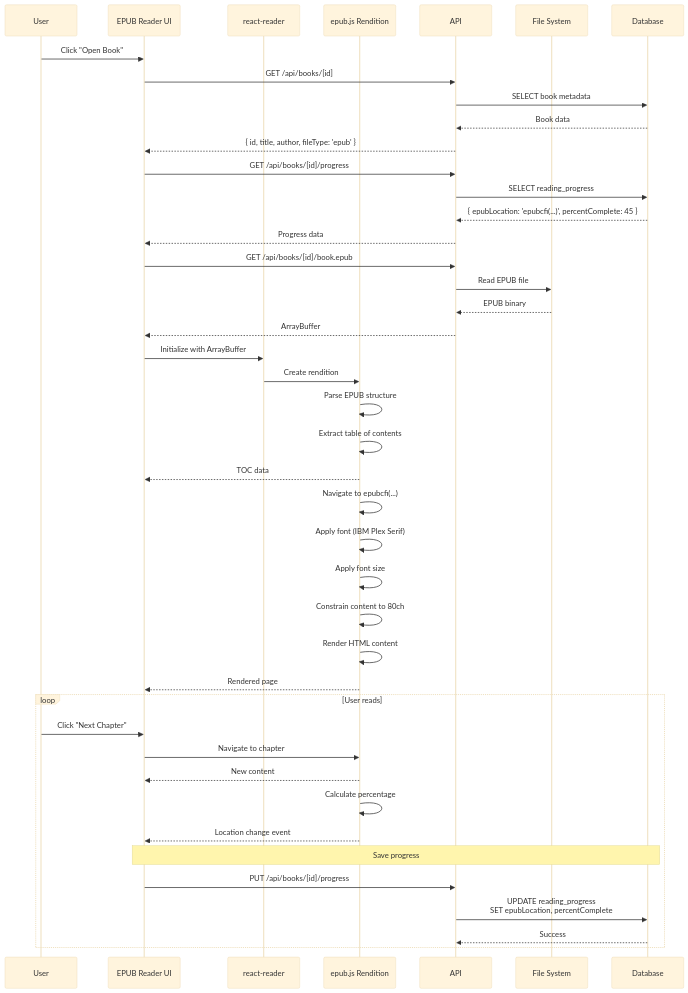
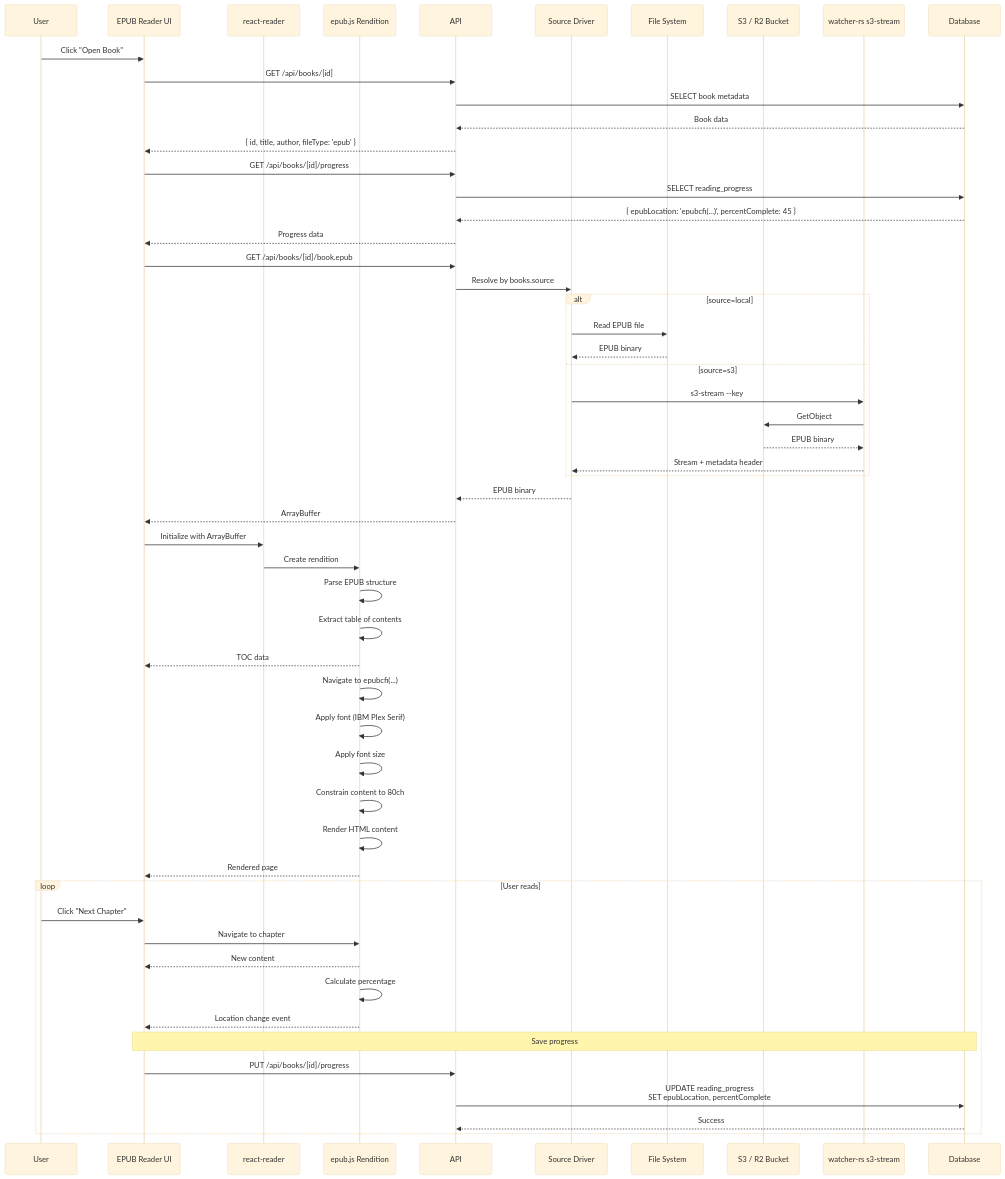
Before and after one commit to jamesacklin/alex: the fifth of 10 diagrams in docs/design/sequence-diagrams.md, drawn with Mermaid (base theme). The commit also changed other lines of this file and 5 other files, not shown here.

Commit message:
add google drive integration; refactor s3 bucket integration; unify file serving; adjust db schema for source metadata; implement sync logic for drive and s3; maintain reader contract; add admin ui for s3 settings

````diff
--- a/docs/design/sequence-diagrams.md
+++ b/docs/design/sequence-diagrams.md
@@ -262,53 +306,65 @@
 ```mermaid
 sequenceDiagram
     participant User
     participant UI as EPUB Reader UI
     participant ReactReader as react-reader
     participant Rendition as epub.js Rendition
     participant API
+    participant SourceDriver as Source Driver
     participant FS as File System
+    participant S3 as S3 / R2 Bucket
+    participant Streamer as watcher-rs s3-stream
     participant DB as Database
 
     User->>UI: Click "Open Book"
     UI->>API: GET /api/books/[id]
     API->>DB: SELECT book metadata
     DB-->>API: Book data
     API-->>UI: { id, title, author, fileType: 'epub' }
 
     UI->>API: GET /api/books/[id]/progress
     API->>DB: SELECT reading_progress
     DB-->>API: { epubLocation: 'epubcfi(...)', percentComplete: 45 }
     API-->>UI: Progress data
 
     UI->>API: GET /api/books/[id]/book.epub
-    API->>FS: Read EPUB file
-    FS-->>API: EPUB binary
+    API->>SourceDriver: Resolve by books.source
+    alt source=local
+        SourceDriver->>FS: Read EPUB file
+        FS-->>SourceDriver: EPUB binary
+    else source=s3
+        SourceDriver->>Streamer: s3-stream --key
+        Streamer->>S3: GetObject
+        S3-->>Streamer: EPUB binary
+        Streamer-->>SourceDriver: Stream + metadata header
+    end
+    SourceDriver-->>API: EPUB binary
     API-->>UI: ArrayBuffer
 
     UI->>ReactReader: Initialize with ArrayBuffer
     ReactReader->>Rendition: Create rendition
     Rendition->>Rendition: Parse EPUB structure
     Rendition->>Rendition: Extract table of contents
     Rendition-->>UI: TOC data
 
     Rendition->>Rendition: Navigate to epubcfi(...)
     Rendition->>Rendition: Apply font (IBM Plex Serif)
     Rendition->>Rendition: Apply font size
     Rendition->>Rendition: Constrain content to 80ch
     Rendition->>Rendition: Render HTML content
     Rendition-->>UI: Rendered page
 
     loop User reads
         User->>UI: Click "Next Chapter"
         UI->>Rendition: Navigate to chapter
         Rendition-->>UI: New content
 
         Rendition->>Rendition: Calculate percentage
         Rendition-->>UI: Location change event
 
         Note over UI,DB: Save progress
         UI->>API: PUT /api/books/[id]/progress
         API->>DB: UPDATE reading_progress<br/>SET epubLocation, percentComplete
         DB-->>API: Success
     end
 ```
````
